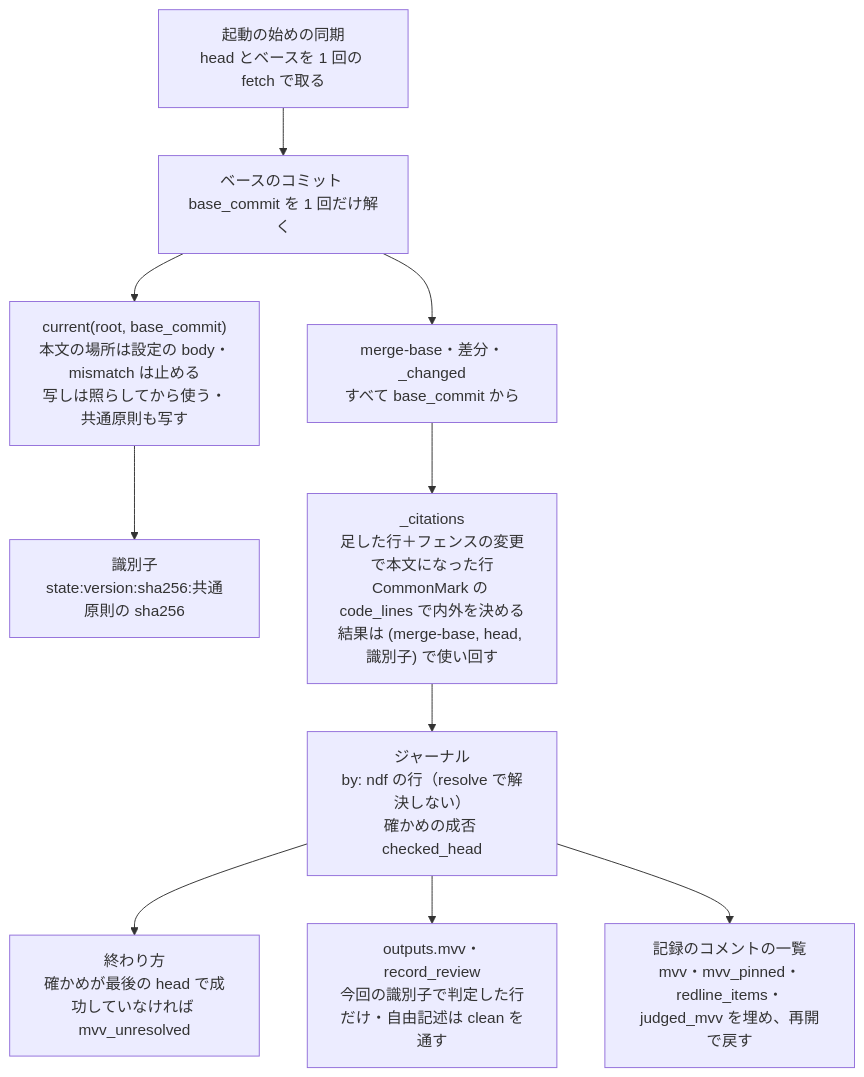
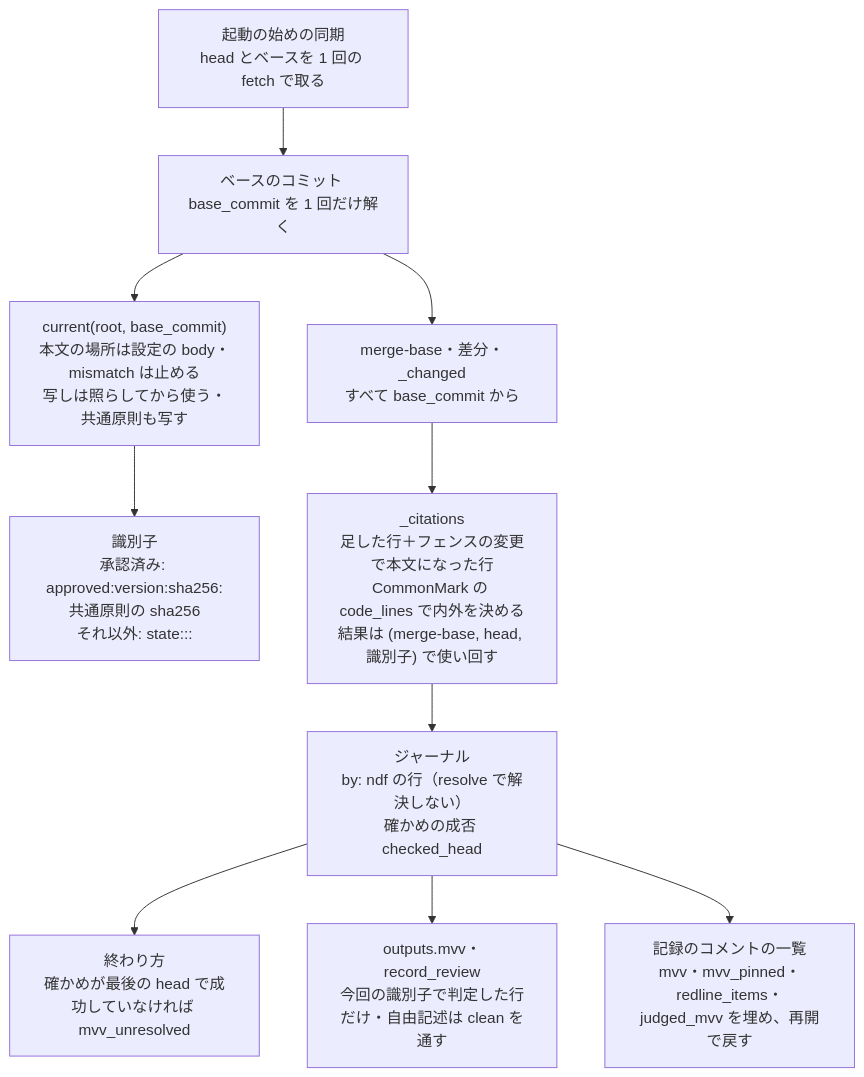
Before and after one commit to devbasex/ai-plugins: the second of 2 diagrams in issues/issue-4090-4099-design.md, drawn with Mermaid. The commit also changed other lines of this file and 1 other file, not shown here.

````diff
--- a/issues/issue-4090-4099-design.md
+++ b/issues/issue-4090-4099-design.md
@@ -61,12 +61,12 @@
 ```mermaid
 graph TD
   F["起動の始めの同期<br>head とベースを 1 回の fetch で取る"] --> R["ベースのコミット base_commit を 1 回だけ解く"]
   R --> CUR["current(root, base_commit)<br>本文の場所は設定の body・mismatch は止める<br>写しは照らしてから使う・共通原則も写す"]
   R --> DIFF["merge-base・差分・_changed<br>すべて base_commit から"]
-  CUR --> ID["識別子<br>state:version:sha256:共通原則の sha256"]
+  CUR --> ID["識別子<br>承認済み: approved:version:sha256:共通原則の sha256<br>それ以外: state:::"]
   DIFF --> CIT["_citations<br>足した行＋フェンスの変更で本文になった行<br>CommonMark の code_lines で内外を決める<br>結果は (merge-base, head, 識別子) で使い回す"]
   CIT --> J["ジャーナル<br>by: ndf の行（resolve で解決しない）<br>確かめの成否 checked_head"]
   J --> FIN["終わり方<br>確かめが最後の head で成功していなければ mvv_unresolved"]
   J --> OUT["outputs.mvv・record_review<br>今回の識別子で判定した行だけ・自由記述は clean を通す"]
   J --> OB["記録のコメントの一覧<br>mvv・mvv_pinned・redline_items・judged_mvv を埋め、再開で戻す"]
 ```
````
